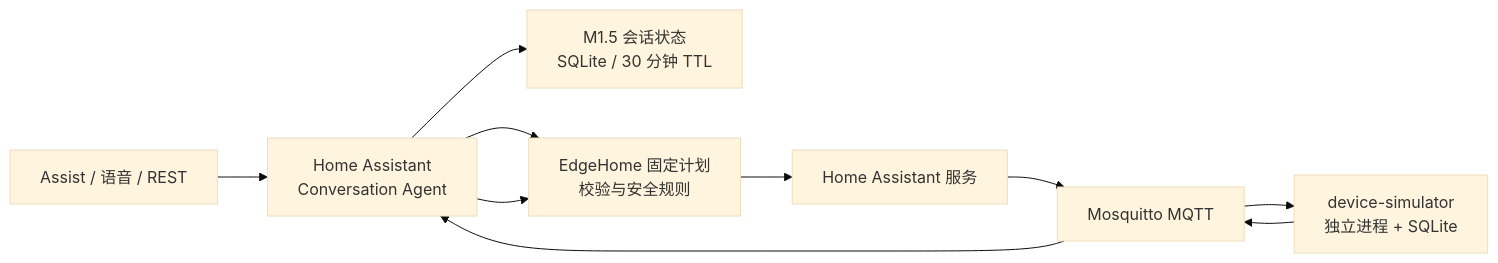
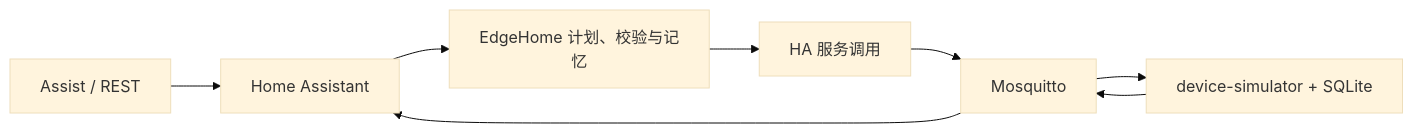
Before and after one commit to M1kasu/EdgeHome_Agent: the diagram in README.md, drawn with Mermaid (base theme). The commit also changed other lines of this file and 3 other files, not shown here.

````diff
--- a/README.md
+++ b/README.md
@@ -26,12 +5,9 @@
 ```mermaid
 flowchart LR
-    U["Assist / 语音 / REST"] --> HA["Home Assistant\nConversation Agent"]
-    HA --> CTX["M1.5 会话状态\nSQLite / 30 分钟 TTL"]
-    HA --> EH["EdgeHome 固定计划\n校验与安全规则"]
-    EH --> SVC["Home Assistant 服务"]
-    SVC --> MQTT["Mosquitto MQTT"]
-    MQTT --> SIM["device-simulator\n独立进程 + SQLite"]
-    SIM --> MQTT
-    MQTT --> HA
-    HA --> EH
+    U["Assist / REST"] --> HA["Home Assistant"]
+    HA --> EH["EdgeHome 计划、校验与记忆"]
+    EH --> SVC["HA 服务调用"]
+    SVC --> MQ["Mosquitto"]
+    MQ --> SIM["device-simulator + SQLite"]
+    SIM --> MQ --> HA
 ```
````
